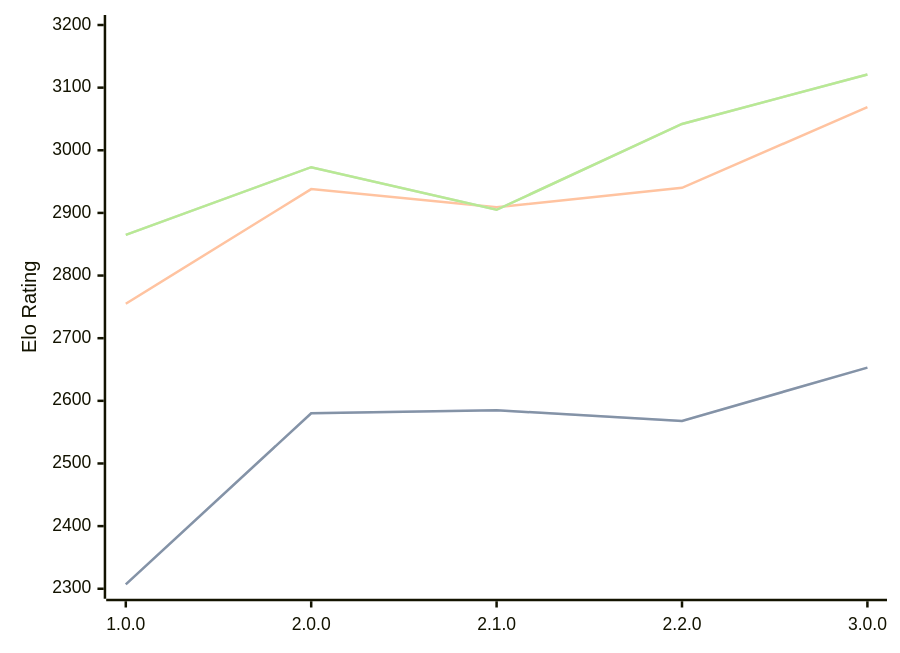
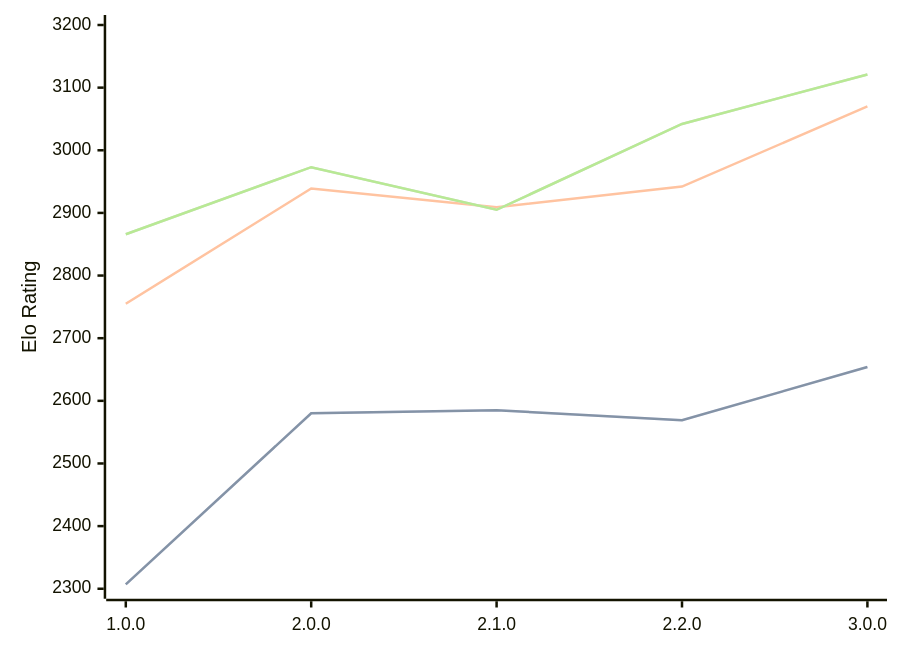
One commit to computer-chess-index/cci changed the diagram in engines/Catalyst.md. Above: the diagram before and after it, drawn with Mermaid. The commit also changed other lines of this file, not shown here.

Commit message:
Update CCI Ratings (ELO VLTC) - 2026-05-22

````diff
--- a/engines/Catalyst.md
+++ b/engines/Catalyst.md
@@ -35,11 +35,11 @@
 ```mermaid
 %%{init: {"theme":"base","themeVariables":{"seriesColors:['#a3a3a3','#222221','#faa371']}}}%%
 xychart-beta
   x-axis ["1.0.0", "2.0.0", "2.1.0", "2.2.0", "3.0.0"]
   y-axis "Elo Rating" 2300 --> 3200
-  line "STC (8.0+0.08s)" [2307, 2580, 2585, 2568, 2653]
-  line "STC (8.0+0.08s)" [2307, 2580, 2585, 2568, 2653]
-  line "LTC (60.0+0.60s)" [2755, 2938, 2909, 2940, 3069]
-  line "VLTC (2m24s+1.12s)" [2865, 2973, 2905, 3042, 3121]
-  line "VLTC (2m24s+1.12s)" [2865, 2973, 2905, 3042, 3121]
+  line "STC (8.0+0.08s)" [2307, 2580, 2585, 2569, 2654]
+  line "STC (8.0+0.08s)" [2307, 2580, 2585, 2569, 2654]
+  line "LTC (60.0+0.60s)" [2755, 2939, 2909, 2942, 3070]
+  line "VLTC (2m24s+1.12s)" [2866, 2973, 2905, 3042, 3121]
+  line "VLTC (2m24s+1.12s)" [2866, 2973, 2905, 3042, 3121]
 ```
````
